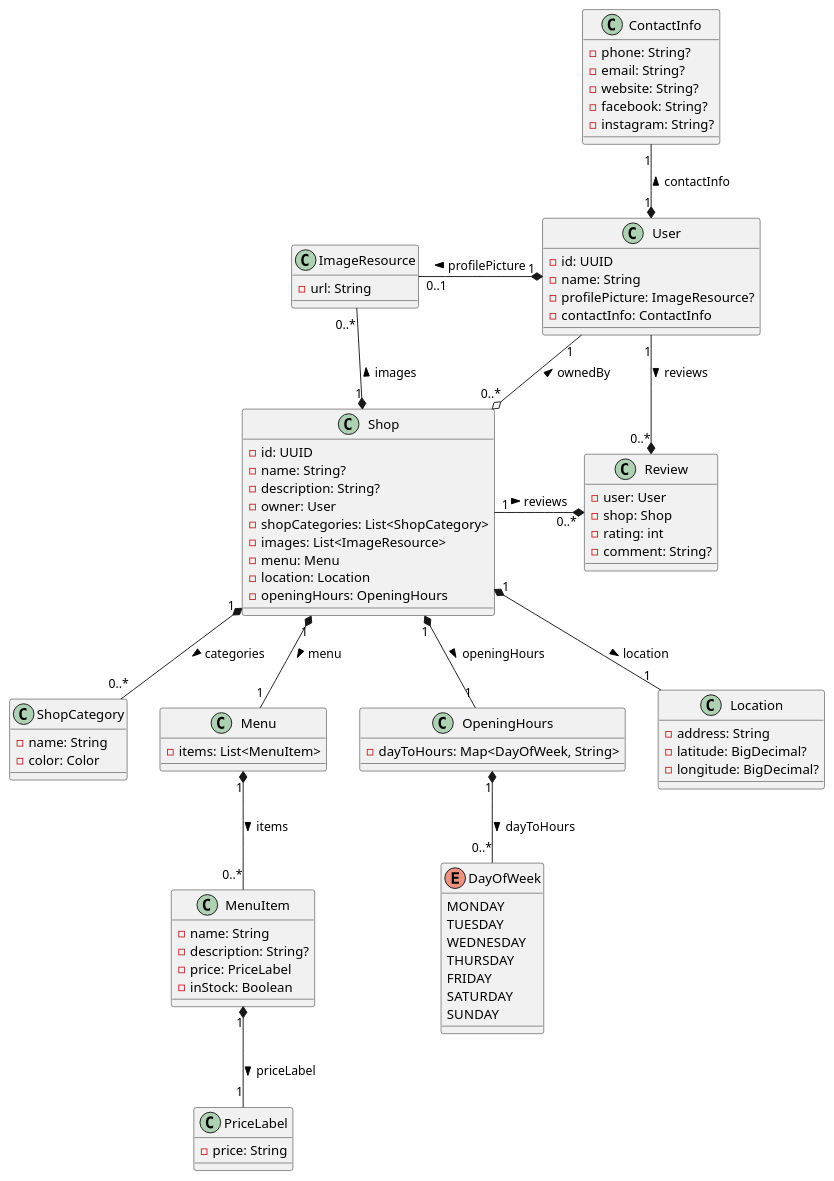
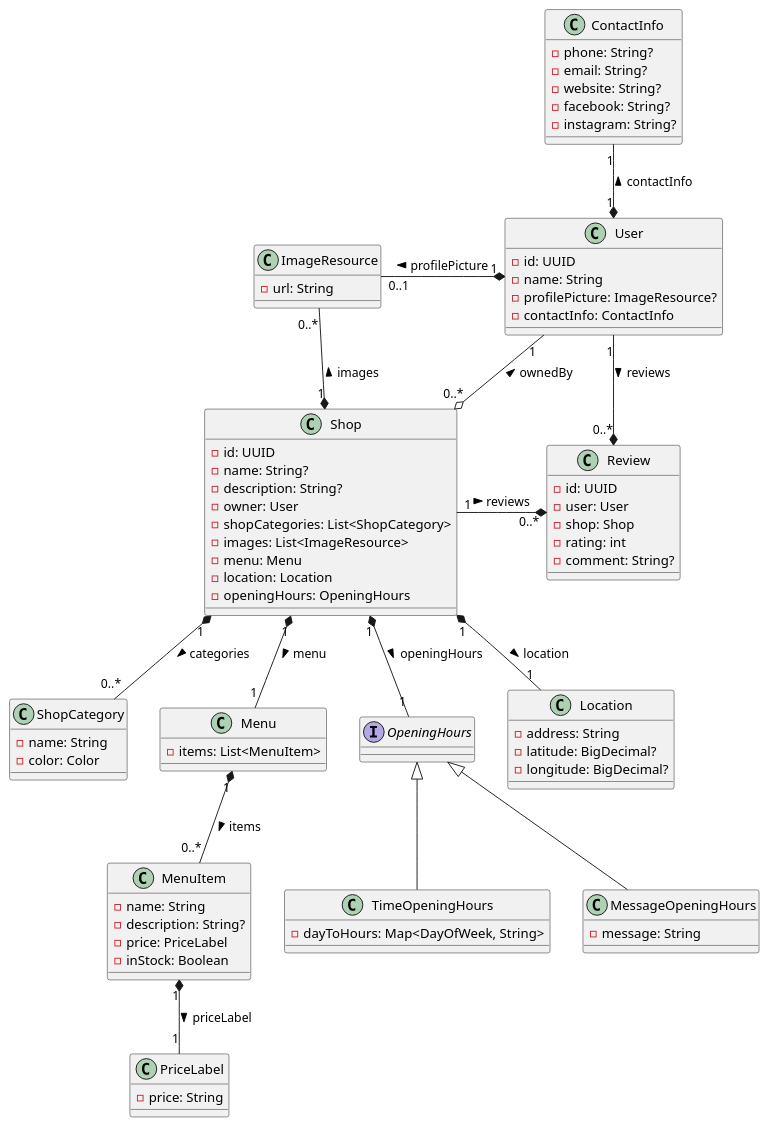
The diagram in docs/diagram/class_diagram.puml (tondracek/my-farmer), drawn with PlantUML before and after one commit.

Commit message:
fix(diagram): separated Opening hours to message and time types

```diff
--- a/docs/diagram/class_diagram.puml
+++ b/docs/diagram/class_diagram.puml
@@ -1,121 +1,120 @@
 @startuml
 
 skinparam backgroundColor #FFFFFF
 
 class ImageResource {
     - url: String
 }
 
 ' ----------------------------------- '
 
 class User {
     - id: UUID
     - name: String
     - profilePicture: ImageResource?
     - contactInfo: ContactInfo
 }
 
 User "1" *-L "0..1" ImageResource : profilePicture >
 
 ' ----------------------------------- '
 
 class ContactInfo {
     - phone: String?
     - email: String?
     - website: String?
     - facebook: String?
     - instagram: String?
 }
 
 User "1" *-U- "1" ContactInfo : contactInfo >
 
 ' ----------------------------------- '
 
 class Shop {
     - id: UUID
     - name: String?
     - description: String?
     - owner: User
     - shopCategories: List<ShopCategory>
     - images: List<ImageResource>
     - menu: Menu
     - location: Location
     - openingHours: OpeningHours
 }
 
 User "1" --o "0..*" Shop : ownedBy <
 
 Shop "1" *-U- "0..*" ImageResource : images >
 
 ' ----------------------------------- '
 
 class ShopCategory {
     - name: String
     - color: Color
 }
 
 Shop "1" *-- "0..*" ShopCategory : categories >
 
 ' ----------------------------------- '
 
 class Menu {
     - items: List<MenuItem>
 }
 
 class MenuItem {
     - name: String
     - description: String?
     - price: PriceLabel
     - inStock: Boolean
 }
 
 class PriceLabel {
     - price: String
 }
 
 Shop "1" *-- "1" Menu : menu >
 Menu "1" *-- "0..*" MenuItem : items >
 MenuItem "1" *-- "1" PriceLabel : priceLabel >
 
 ' ----------------------------------- '
 
-class OpeningHours {
+interface OpeningHours
+
+class TimeOpeningHours {
     - dayToHours: Map<DayOfWeek, String>
 }
 
-enum DayOfWeek {
-    MONDAY
-    TUESDAY
-    WEDNESDAY
-    THURSDAY
-    FRIDAY
-    SATURDAY
-    SUNDAY
+class MessageOpeningHours {
+    - message: String
 }
 
+OpeningHours <|-- TimeOpeningHours
+OpeningHours <|-- MessageOpeningHours
+
 Shop "1" *-- "1" OpeningHours : openingHours >
-OpeningHours "1" *-- "0..*" DayOfWeek : dayToHours >
 
 ' ----------------------------------- '
 
 class Location {
     - address: String
     - latitude: BigDecimal?
     - longitude: BigDecimal?
 }
 
 Shop "1" *-- "1" Location : location >
 
 ' ----------------------------------- '
 
 class Review {
+    - id: UUID
     - user: User
     - shop: Shop
     - rating: int
     - comment: String?
 }
 
 Shop "1" -* "0..*" Review : reviews >
 User "1" -* "0..*" Review : reviews >
 
 @enduml
```
